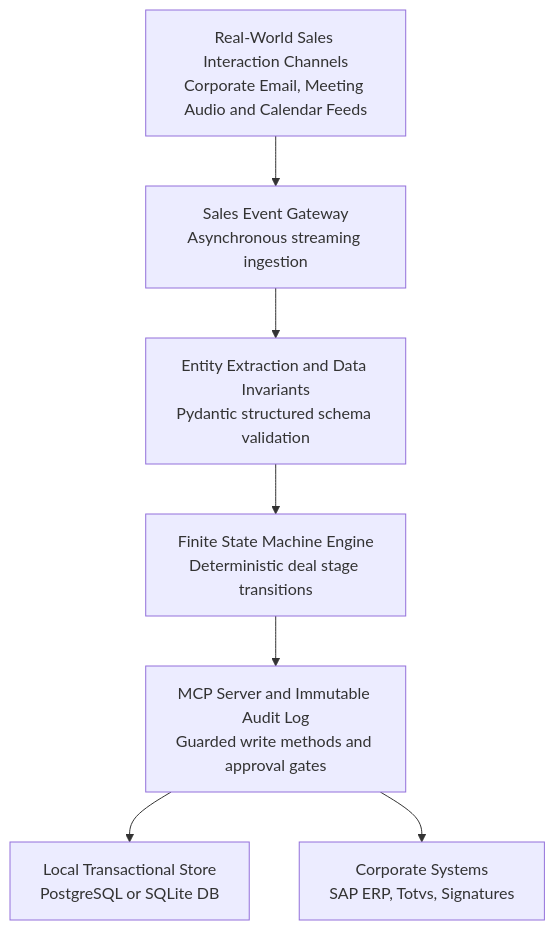
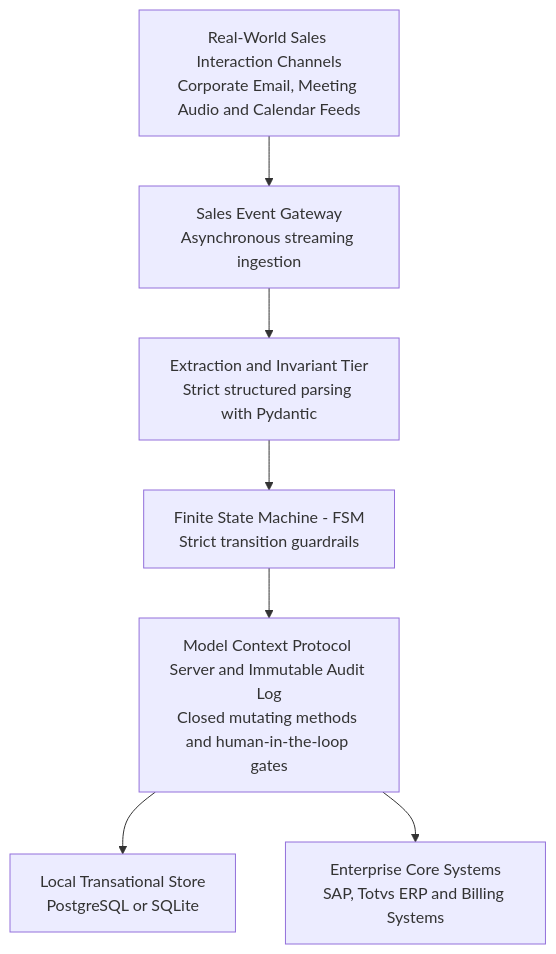
The diagram in docs/post/buy-versus-build-b2b-enterprise-crm.md (hsnlabs-ai/blog), drawn with Mermaid before and after one commit. The commit also changed 24 other files, not shown here.

Commit message:
fix: corrigir sintaxe mermaid e cor de fundo de blocos de codigo

````diff
--- a/docs/post/buy-versus-build-b2b-enterprise-crm.md
+++ b/docs/post/buy-versus-build-b2b-enterprise-crm.md
@@ -164,9 +164,9 @@
 ```mermaid
 flowchart TD
-    A[Real-World Sales Interaction Channels<br>Corporate Email, Meeting Audio and Calendar Feeds] --> B[Sales Event Gateway<br>Asynchronous streaming ingestion]
-    B --> C[Entity Extraction and Data Invariants<br>Pydantic structured schema validation]
-    C --> D[Finite State Machine Engine<br>Deterministic deal stage transitions]
-    D --> E[MCP Server and Immutable Audit Log<br>Guarded write methods and approval gates]
-    E --> F[Local Transactional Store<br>PostgreSQL or SQLite DB]
-    E --> G[Corporate Systems<br>SAP ERP, Totvs, Signatures]
+    A["Real-World Sales Interaction Channels<br>Corporate Email, Meeting Audio and Calendar Feeds"] --> B["Sales Event Gateway<br>Asynchronous streaming ingestion"]
+    B --> C["Extraction and Invariant Tier<br>Strict structured parsing with Pydantic"]
+    C --> D["Finite State Machine - FSM<br>Strict transition guardrails"]
+    D --> E["Model Context Protocol Server and Immutable Audit Log<br>Closed mutating methods and human-in-the-loop gates"]
+    E --> F["Local Transational Store<br>PostgreSQL or SQLite"]
+    E --> G["Enterprise Core Systems<br>SAP, Totvs ERP and Billing Systems"]
 ```
````
